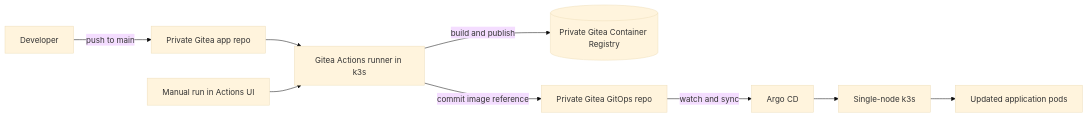
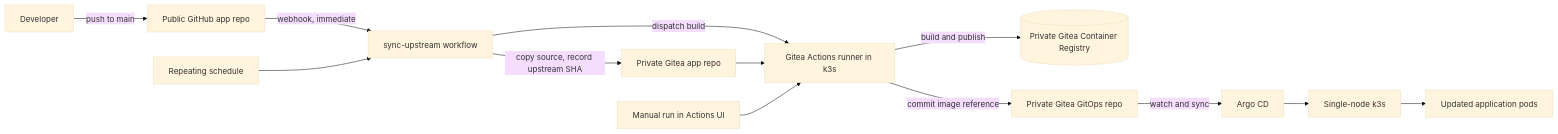
Before and after one commit to TristanGimm/self-hosted-kubernetes-infrastructure: the diagram in diagrams/deployment-flow.md, drawn with Mermaid (base theme). The commit also changed other lines of this file and 8 other files, not shown here.

````diff
--- a/diagrams/deployment-flow.md
+++ b/diagrams/deployment-flow.md
@@ -5,11 +5,15 @@
 ```mermaid
 flowchart LR
-    Dev["Developer"] -->|"push to main"| Repo["Private Gitea app repo"]
-    Repo --> Actions["Gitea Actions runner in k3s"]
+    Dev["Developer"] -->|"push to main"| GitHub["Public GitHub app repo"]
+    GitHub -->|"webhook, immediate"| Sync["sync-upstream workflow"]
+    Cron["Repeating schedule"] --> Sync
+    Sync -->|"copy source, record upstream SHA"| Repo["Private Gitea app repo"]
+    Sync -->|"dispatch build"| Actions["Gitea Actions runner in k3s"]
+    Repo --> Actions
     Actions -->|"build and publish"| Registry[("Private Gitea Container Registry")]
     Actions -->|"commit image reference"| GitOps["Private Gitea GitOps repo"]
     GitOps -->|"watch and sync"| Argo["Argo CD"]
     Argo --> K3s["Single-node k3s"]
     K3s --> Workload["Updated application pods"]
     Manual["Manual run in Actions UI"] --> Actions
 ```
````
